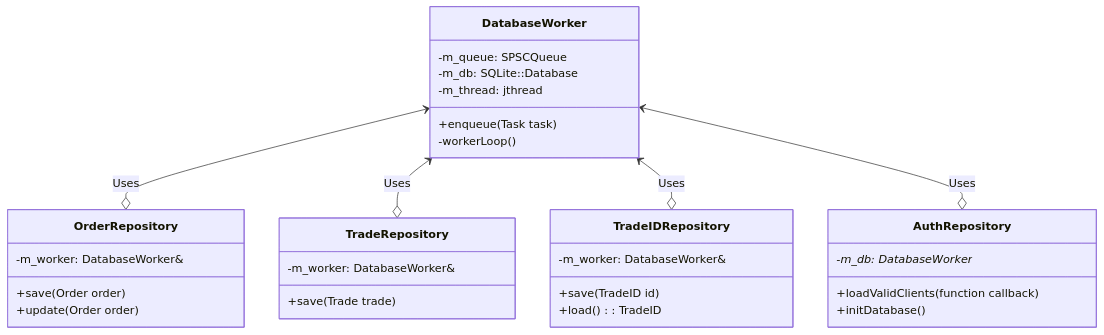
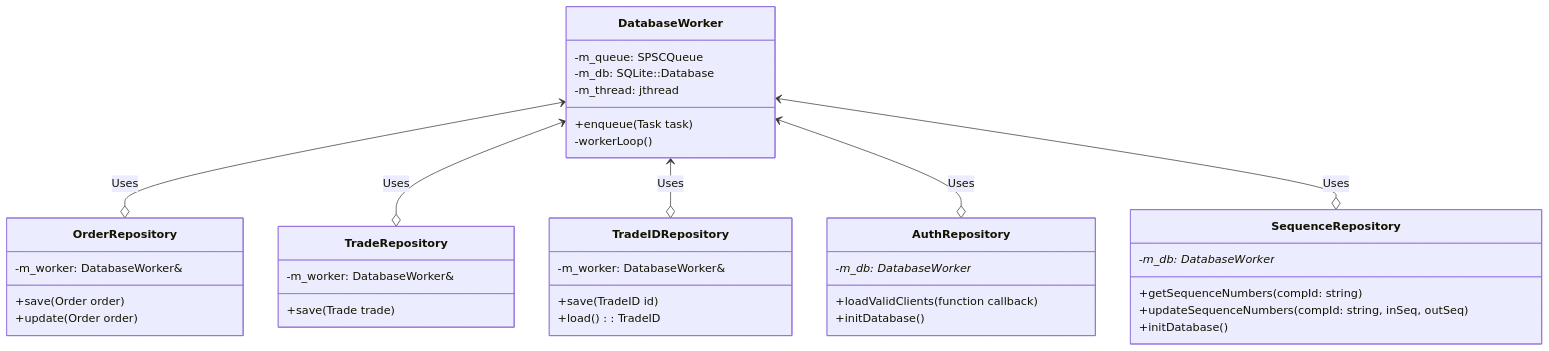
One commit to SujalChoudhari/BetaTrader changed the second of 2 diagrams in core/data/TSD.md. Above: the diagram before and after it, drawn with Mermaid. The commit also changed other lines of this file and 3 other files, not shown here.

````diff
--- a/core/data/TSD.md
+++ b/core/data/TSD.md
@@ -43,38 +43,46 @@
 ```mermaid
 classDiagram
     class DatabaseWorker {
         +enqueue(Task task)
         -workerLoop()
         -m_queue: SPSCQueue<Task>
         -m_db: SQLite::Database
         -m_thread: jthread
     }
 
     class OrderRepository {
         +save(Order order)
         +update(Order order)
         -m_worker: DatabaseWorker&
     }
 
     class TradeRepository {
         +save(Trade trade)
         -m_worker: DatabaseWorker&
     }
 
     class TradeIDRepository {
         +save(TradeID id)
         +load(): TradeID
         -m_worker: DatabaseWorker&
     }
 
     class AuthRepository {
         +loadValidClients(function callback)
         +initDatabase()
         -m_db: DatabaseWorker*
     }
 
+    class SequenceRepository {
+        +getSequenceNumbers(compId: string)
+        +updateSequenceNumbers(compId: string, inSeq, outSeq)
+        +initDatabase()
+        -m_db: DatabaseWorker*
+    }
+
     DatabaseWorker <--o OrderRepository : Uses
     DatabaseWorker <--o TradeRepository : Uses
     DatabaseWorker <--o TradeIDRepository : Uses
     DatabaseWorker <--o AuthRepository : Uses
+    DatabaseWorker <--o SequenceRepository : Uses
 ```
````
